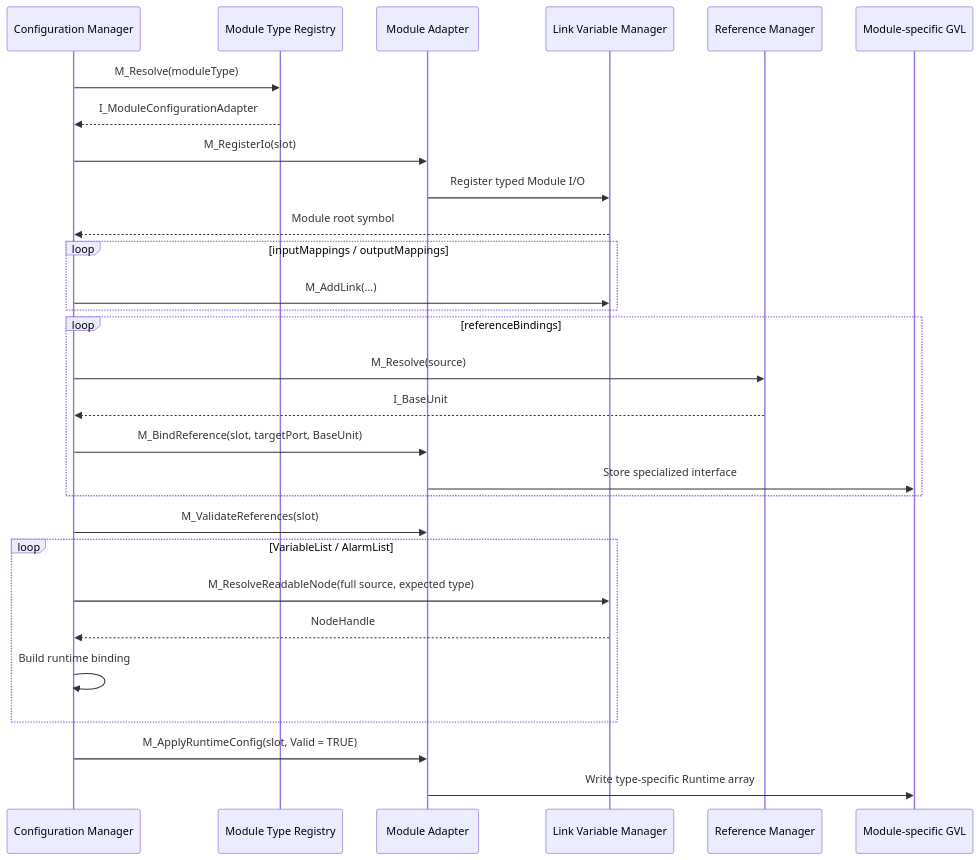
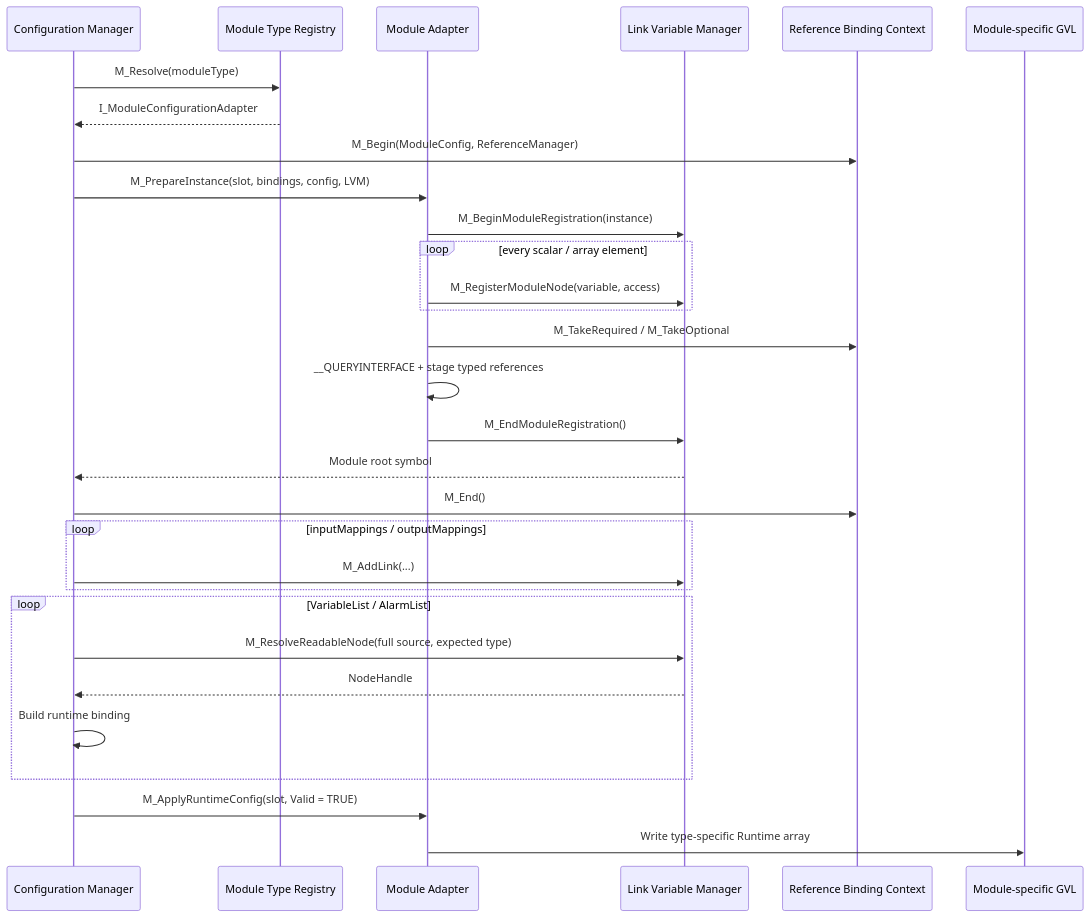
Before and after one commit to henry6107/semi_robust_solution_framework_demo: the second of 2 diagrams in robust_solution_simple_module/docs/Module-Configuration-Flow-and-Extension-Guide.md, drawn with Mermaid. The commit also changed other lines of this file and 23 other files, not shown here.

First line of the commit message:
重構 Module 資源註冊與 Reference Binding

````diff
--- a/robust_solution_simple_module/docs/Module-Configuration-Flow-and-Extension-Guide.md
+++ b/robust_solution_simple_module/docs/Module-Configuration-Flow-and-Extension-Guide.md
@@ -137,32 +145,33 @@
 ```mermaid
 sequenceDiagram
     participant CM as Configuration Manager
     participant REG as Module Type Registry
     participant AD as Module Adapter
     participant LVM as Link Variable Manager
-    participant RM as Reference Manager
+    participant RBC as Reference Binding Context
     participant GVL as Module-specific GVL
 
     CM->>REG: M_Resolve(moduleType)
     REG-->>CM: I_ModuleConfigurationAdapter
-    CM->>AD: M_RegisterIo(slot)
-    AD->>LVM: Register typed Module I/O
+    CM->>RBC: M_Begin(ModuleConfig, ReferenceManager)
+    CM->>AD: M_PrepareInstance(slot, bindings, config, LVM)
+    AD->>LVM: M_BeginModuleRegistration(instance)
+    loop every scalar / array element
+        AD->>LVM: M_RegisterModuleNode(variable, access)
+    end
+    AD->>RBC: M_TakeRequired / M_TakeOptional
+    AD->>AD: __QUERYINTERFACE + stage typed references
+    AD->>LVM: M_EndModuleRegistration()
     LVM-->>CM: Module root symbol
+    CM->>RBC: M_End()
     loop inputMappings / outputMappings
         CM->>LVM: M_AddLink(...)
     end
-    loop referenceBindings
-        CM->>RM: M_Resolve(source)
-        RM-->>CM: I_BaseUnit
-        CM->>AD: M_BindReference(slot, targetPort, BaseUnit)
-        AD->>GVL: Store specialized interface
-    end
-    CM->>AD: M_ValidateReferences(slot)
     loop VariableList / AlarmList
         CM->>LVM: M_ResolveReadableNode(full source, expected type)
         LVM-->>CM: NodeHandle
         CM->>CM: Build runtime binding
     end
     CM->>AD: M_ApplyRuntimeConfig(slot, Valid = TRUE)
     AD->>GVL: Write type-specific Runtime array
 ```
````
